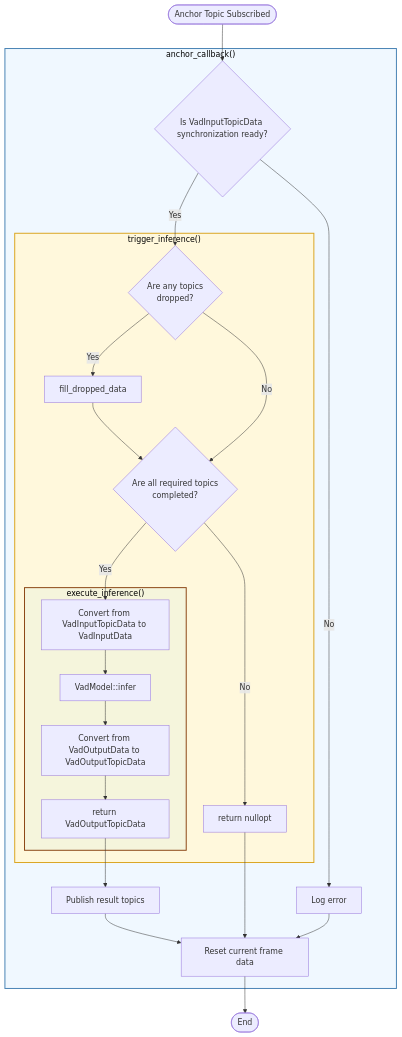
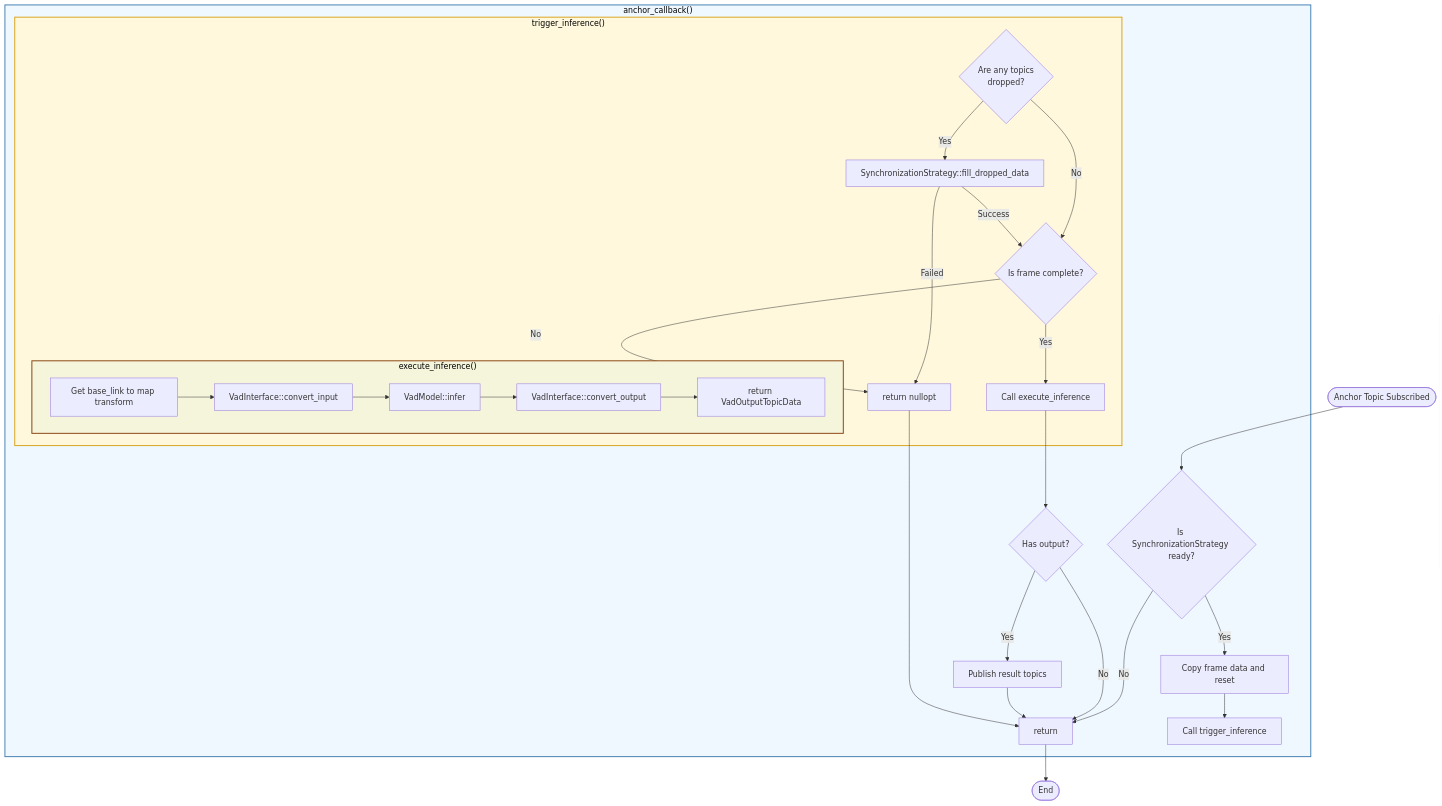
The diagram in planning/autoware_tensorrt_vad/docs/design_vad_node.md (isseitzk/autoware_universe), drawn with Mermaid before and after one commit. The commit also changed other lines of this file and 3 other files, not shown here.

````diff
--- a/planning/autoware_tensorrt_vad/docs/design_vad_node.md
+++ b/planning/autoware_tensorrt_vad/docs/design_vad_node.md
@@ -13,41 +16,46 @@
 ```mermaid
 flowchart TD
     Start([Anchor Topic Subscribed]) --> CheckReady
 
     subgraph AnchorCallbackScope["anchor_callback()"]
-        CheckReady{Is VadInputTopicData synchronization ready?}
+        CheckReady{Is SynchronizationStrategy ready?}
 
-        CheckReady -->|Yes| CheckDropped
-        CheckReady -->|No| ErrorLog[Log error]
+        CheckReady -->|Yes| CopyFrame[Copy frame data and reset]
+        CheckReady -->|No| Return[return]
+
+        CopyFrame --> TriggerInference[Call trigger_inference]
 
         subgraph TriggerInferenceScope["trigger_inference()"]
             CheckDropped{Are any topics<br/>dropped?}
 
-            CheckDropped -->|Yes| FillDropped[fill_dropped_data]
-            CheckDropped -->|No| CheckComplete{Are all required topics<br/>completed?}
+            CheckDropped -->|Yes| FillDropped[SynchronizationStrategy::fill_dropped_data]
+            CheckDropped -->|No| CheckComplete
 
-            FillDropped --> CheckComplete
+            FillDropped -->|Success| CheckComplete{Is frame complete?}
+            FillDropped -->|Failed| ReturnNull[return nullopt]
 
-            CheckComplete -->|Yes| ConvertInput
-            CheckComplete -->|No| ReturnNull[return nullopt]
+            CheckComplete -->|Yes| ExecuteInference[Call execute_inference]
+            CheckComplete -->|No| ReturnNull
 
             subgraph ExecuteInferenceScope["execute_inference()"]
-                ConvertInput[Convert from VadInputTopicData to VadInputData]
+                GetTransform[Get base_link to map transform]
+                GetTransform --> ConvertInput[VadInterface::convert_input]
                 ConvertInput --> VadModelInfer[VadModel::infer]
-                VadModelInfer --> ConvertOutput[Convert from VadOutputData to VadOutputTopicData]
+                VadModelInfer --> ConvertOutput[VadInterface::convert_output]
                 ConvertOutput --> GetOutput[return VadOutputTopicData]
             end
         end
 
-        GetOutput --> Publish[Publish result topics]
-        Publish --> Reset[Reset current frame data]
-        ErrorLog --> Reset
-        ReturnNull --> Reset
+        ExecuteInference --> CheckOutput{Has output?}
+        CheckOutput -->|Yes| Publish[Publish result topics]
+        CheckOutput -->|No| Return
+        Publish --> Return
+        ReturnNull --> Return
     end
 
-    Reset --> End([End])
+    Return --> End([End])
 
     style AnchorCallbackScope fill:#f0f8ff,stroke:#4682b4,stroke-width:2px,color:#000000
     style TriggerInferenceScope fill:#fff8dc,stroke:#daa520,stroke-width:2px,color:#000000
     style ExecuteInferenceScope fill:#f5f5dc,stroke:#8b4513,stroke-width:2px,color:#000000
 ```
````
